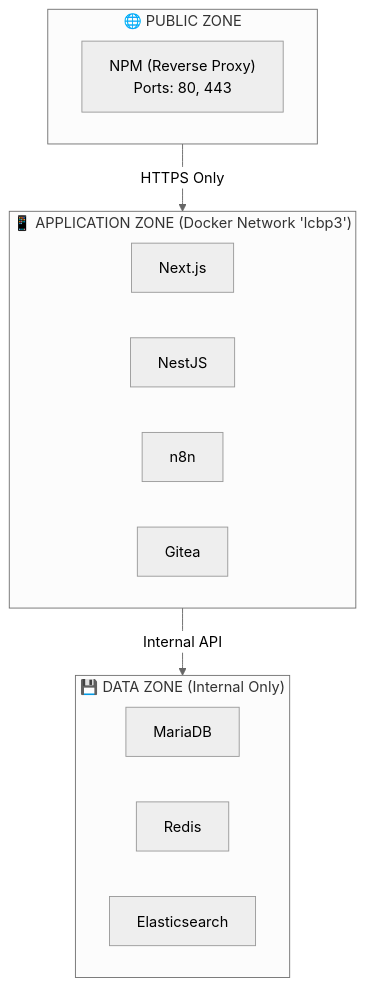
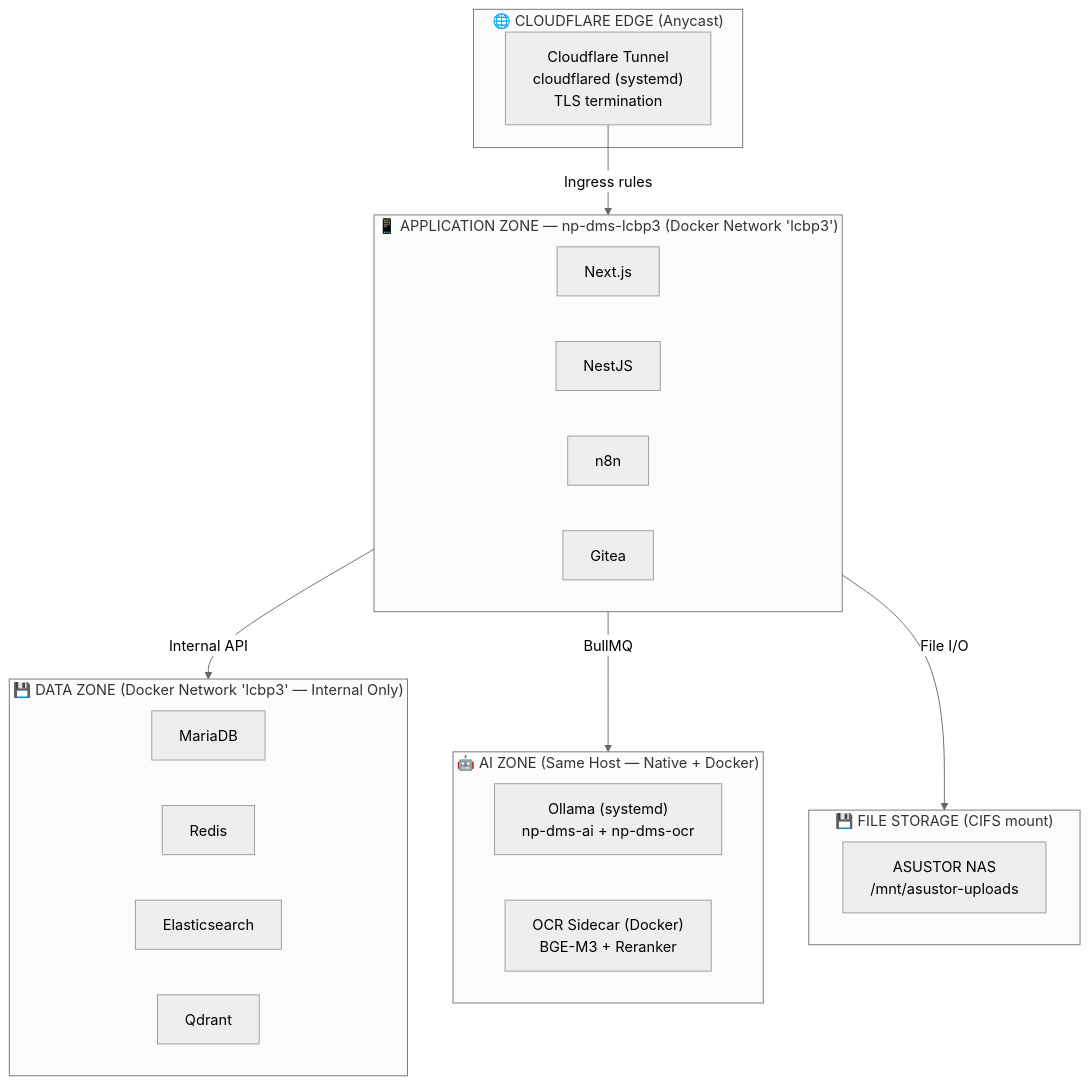
One commit to peancharoen/lcbp3 changed the first of 7 diagrams in ARCHITECTURE.md. Above: the diagram before and after it, drawn with Mermaid (neutral theme). The commit also changed other lines of this file and 147 other files, not shown here.

````diff
--- a/ARCHITECTURE.md
+++ b/ARCHITECTURE.md
@@ -55,22 +61,34 @@
 ```mermaid
 graph TB
-    subgraph PublicZone["🌐 PUBLIC ZONE"]
-        NPM["NPM (Reverse Proxy)<br/>Ports: 80, 443"]
+    subgraph EdgeZone["🌐 CLOUDFLARE EDGE (Anycast)"]
+        CF["Cloudflare Tunnel<br/>cloudflared (systemd)<br/>TLS termination"]
     end
 
-    subgraph AppZone["📱 APPLICATION ZONE (Docker Network 'lcbp3')"]
+    subgraph AppZone["📱 APPLICATION ZONE — np-dms-lcbp3 (Docker Network 'lcbp3')"]
         Frontend["Next.js"]
         Backend["NestJS"]
         N8N["n8n"]
         Gitea["Gitea"]
     end
 
-    subgraph DataZone["💾 DATA ZONE (Internal Only)"]
+    subgraph DataZone["💾 DATA ZONE (Docker Network 'lcbp3' — Internal Only)"]
         MariaDB["MariaDB"]
         Redis["Redis"]
         ES["Elasticsearch"]
+        Qdrant["Qdrant"]
     end
 
-    PublicZone -->|HTTPS Only| AppZone
+    subgraph AIZone["🤖 AI ZONE (Same Host — Native + Docker)"]
+        Ollama["Ollama (systemd)<br/>np-dms-ai + np-dms-ocr"]
+        OCR["OCR Sidecar (Docker)<br/>BGE-M3 + Reranker"]
+    end
+
+    subgraph StorageZone["💾 FILE STORAGE (CIFS mount)"]
+        ASUSTOR["ASUSTOR NAS<br/>/mnt/asustor-uploads"]
+    end
+
+    CF -->|Ingress rules| AppZone
     AppZone -->|Internal API| DataZone
+    AppZone -->|BullMQ| AIZone
+    AppZone -->|File I/O| StorageZone
 ```
````
